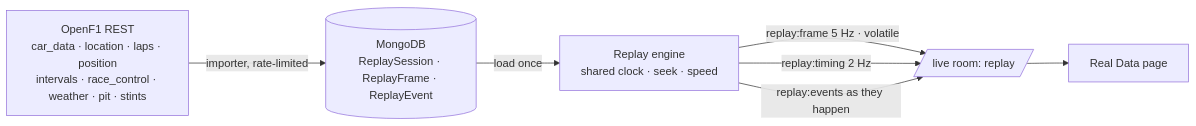
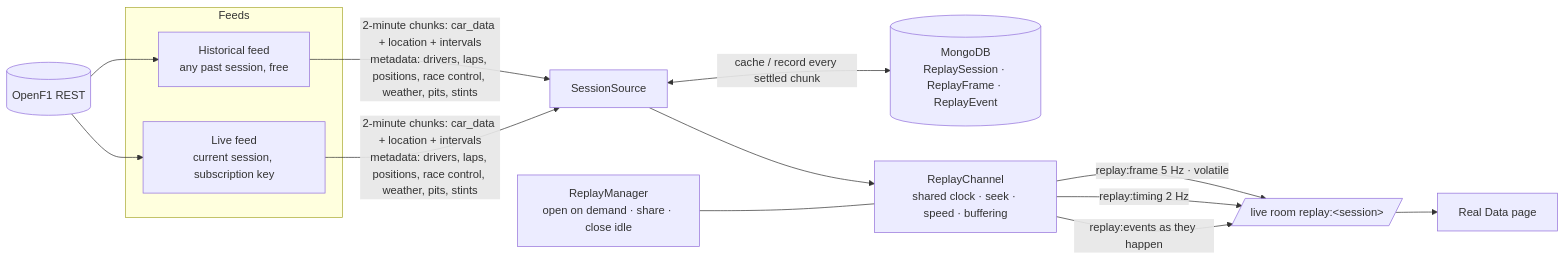
Before and after one commit to Ivan825/Slipstream: the fourth of 5 diagrams in docs/ARCHITECTURE.md, drawn with Mermaid. The commit also changed other lines of this file and 17 other files, not shown here.

First line of the commit message:
Real sessions: one feed path for live and historical data, any session, shared channels

````diff
--- a/docs/ARCHITECTURE.md
+++ b/docs/ARCHITECTURE.md
@@ -154,9 +154,16 @@
 ```mermaid
 flowchart LR
-  OF[OpenF1 REST<br/>car_data · location · laps · position<br/>intervals · race_control · weather · pit · stints] -->|importer, rate-limited| DB[(MongoDB<br/>ReplaySession · ReplayFrame · ReplayEvent)]
-  DB -->|load once| RE[Replay engine<br/>shared clock · seek · speed]
-  RE -->|replay:frame 5 Hz · volatile| ROOM[/live room: replay/]
-  RE -->|replay:timing 2 Hz| ROOM
-  RE -->|replay:events as they happen| ROOM
+  subgraph Feeds
+    H[Historical feed<br/>any past session, free]
+    LV[Live feed<br/>current session, subscription key]
+  end
+  OF[(OpenF1 REST)] --> H & LV
+  H & LV -->|2-minute chunks: car_data + location + intervals<br/>metadata: drivers, laps, positions, race control, weather, pits, stints| SRC[SessionSource]
+  SRC <-->|cache / record every settled chunk| DB[(MongoDB<br/>ReplaySession · ReplayFrame · ReplayEvent)]
+  SRC --> CH[ReplayChannel<br/>shared clock · seek · speed · buffering]
+  CH -->|replay:frame 5 Hz · volatile| ROOM[/live room replay:&lt;session&gt;/]
+  CH -->|replay:timing 2 Hz| ROOM
+  CH -->|replay:events as they happen| ROOM
   ROOM --> UI[Real Data page]
+  M[ReplayManager<br/>open on demand · share · close idle] --- CH
 ```
````
